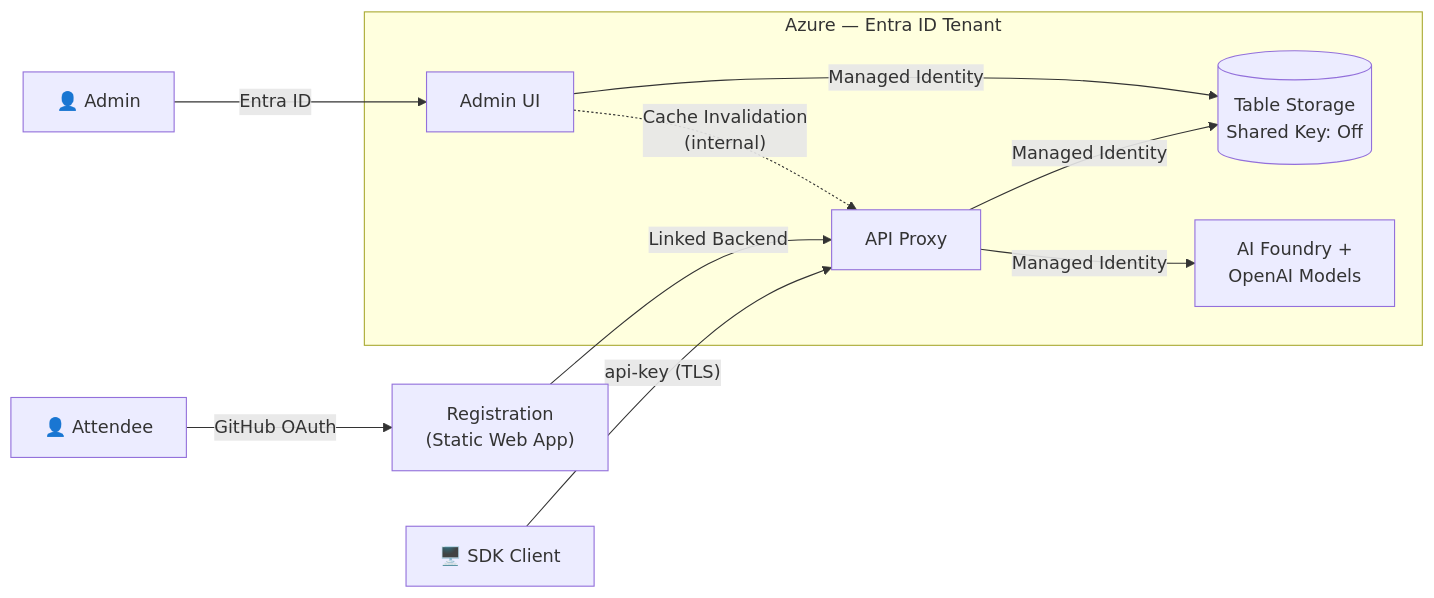
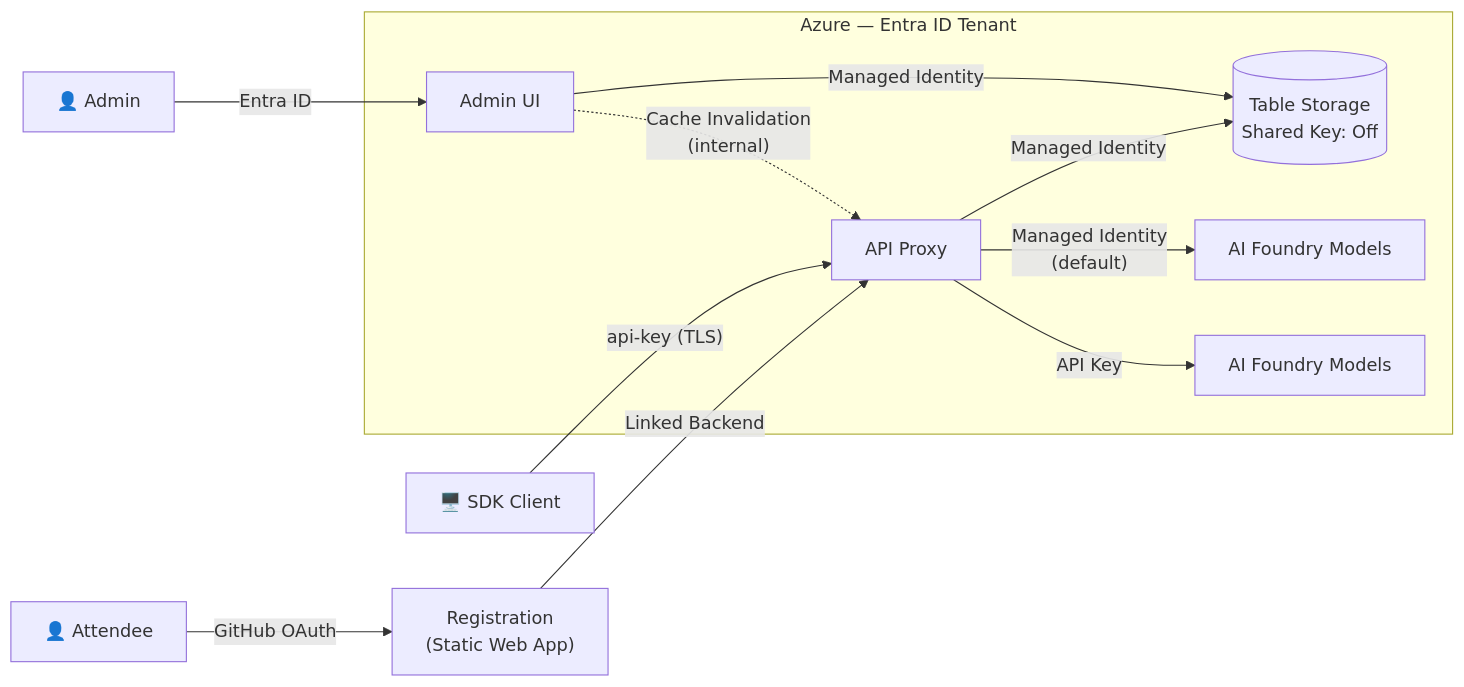
The first of 5 diagrams in docs/docs/security_architecture.md (gloveboxes/azure-ai-proxy-lite), drawn with Mermaid before and after one commit. The commit also changed 1 other file, not shown here.

Commit message:
Update security architecture diagram and default UseManagedIdentity property in ModelEditorModel

````diff
--- a/docs/docs/security_architecture.md
+++ b/docs/docs/security_architecture.md
@@ -7,19 +7,21 @@
 ```mermaid
 graph LR
     attendee["👤 Attendee"] -->|"GitHub OAuth"| reg["Registration<br/>(Static Web App)"]
     sdk["🖥️ SDK Client"] -->|"api-key (TLS)"| proxy
     reg -->|"Linked Backend"| proxy
     admin_user["👤 Admin"] -->|"Entra ID"| admin
 
     subgraph Azure["Azure — Entra ID Tenant"]
         proxy["API Proxy"]
         admin["Admin UI"]
         storage[("Table Storage<br/>Shared Key: Off")]
-        ai["AI Foundry +<br/>OpenAI Models"]
+        ai["AI Foundry Models"]
+        key["AI Foundry Models"]
     end
 
     proxy -->|"Managed Identity"| storage
-    proxy -->|"Managed Identity"| ai
+    proxy -->|"Managed Identity<br/>(default)"| ai
+    proxy -->|"API Key"| key
     admin -->|"Managed Identity"| storage
     admin -.->|"Cache Invalidation<br/>(internal)"| proxy
 ```
````
